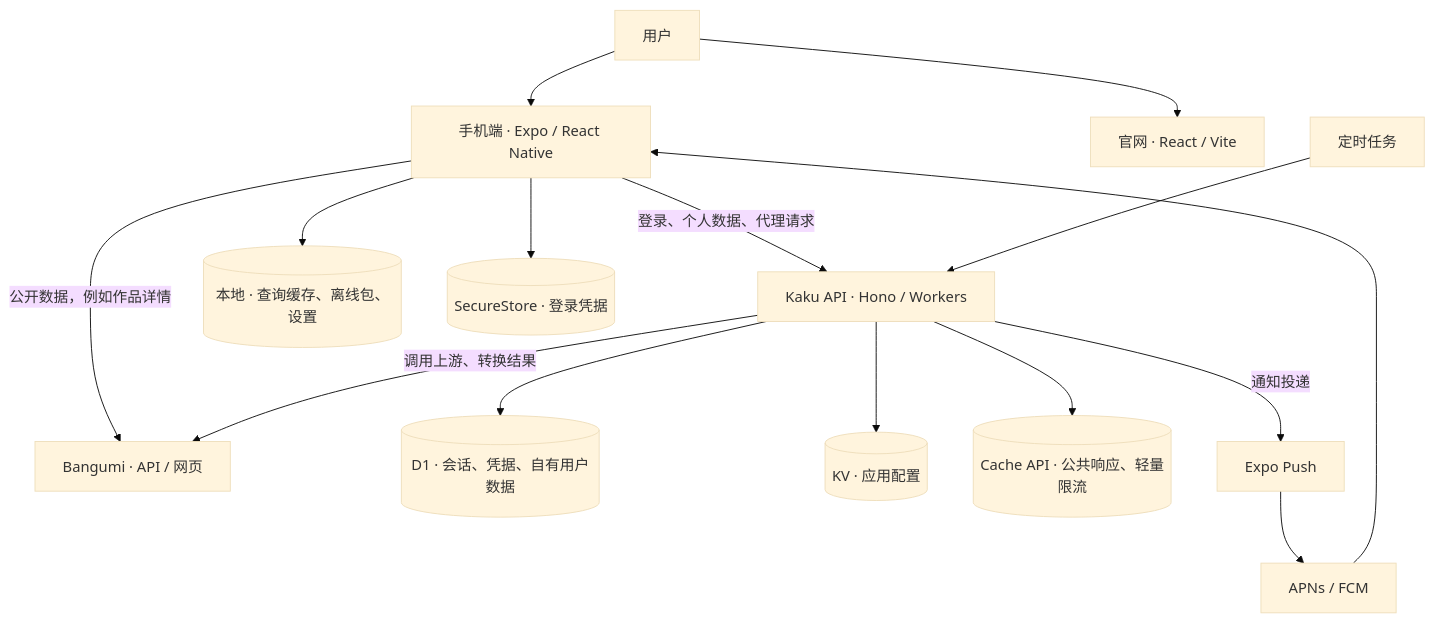
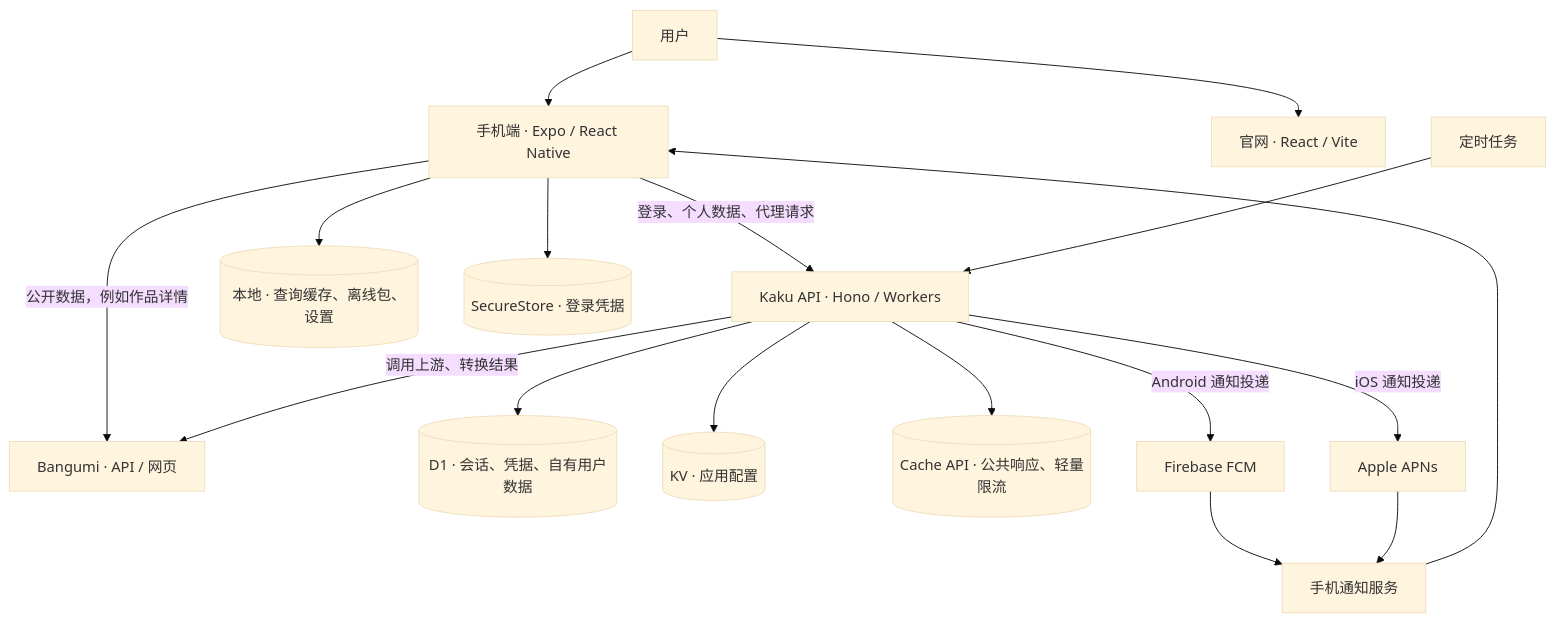
Before and after one commit to shqingda/kaku: the first of 3 diagrams in docs/architecture.md, drawn with Mermaid (base theme). The commit also changed other lines of this file and 9 other files, not shown here.

````diff
--- a/docs/architecture.md
+++ b/docs/architecture.md
@@ -17,17 +17,19 @@
 ```mermaid
 flowchart TD
   User[用户] --> Mobile[手机端 · Expo / React Native]
   User --> Web[官网 · React / Vite]
   Mobile -->|公开数据，例如作品详情| Bangumi[Bangumi · API / 网页]
   Mobile -->|登录、个人数据、代理请求| API[Kaku API · Hono / Workers]
   API -->|调用上游、转换结果| Bangumi
   API --> D1[(D1 · 会话、凭据、自有用户数据)]
   API --> KV[(KV · 应用配置)]
   API --> Cache[(Cache API · 公共响应、轻量限流)]
   Mobile --> Local[(本地 · 查询缓存、离线包、设置)]
   Mobile --> Secure[(SecureStore · 登录凭据)]
   Cron[定时任务] --> API
-  API -->|通知投递| Expo[Expo Push]
-  Expo --> OS[APNs / FCM]
+  API -->|Android 通知投递| FCM[Firebase FCM]
+  API -->|iOS 通知投递| APNs[Apple APNs]
+  FCM --> OS[手机通知服务]
+  APNs --> OS
   OS --> Mobile
 ```
````
